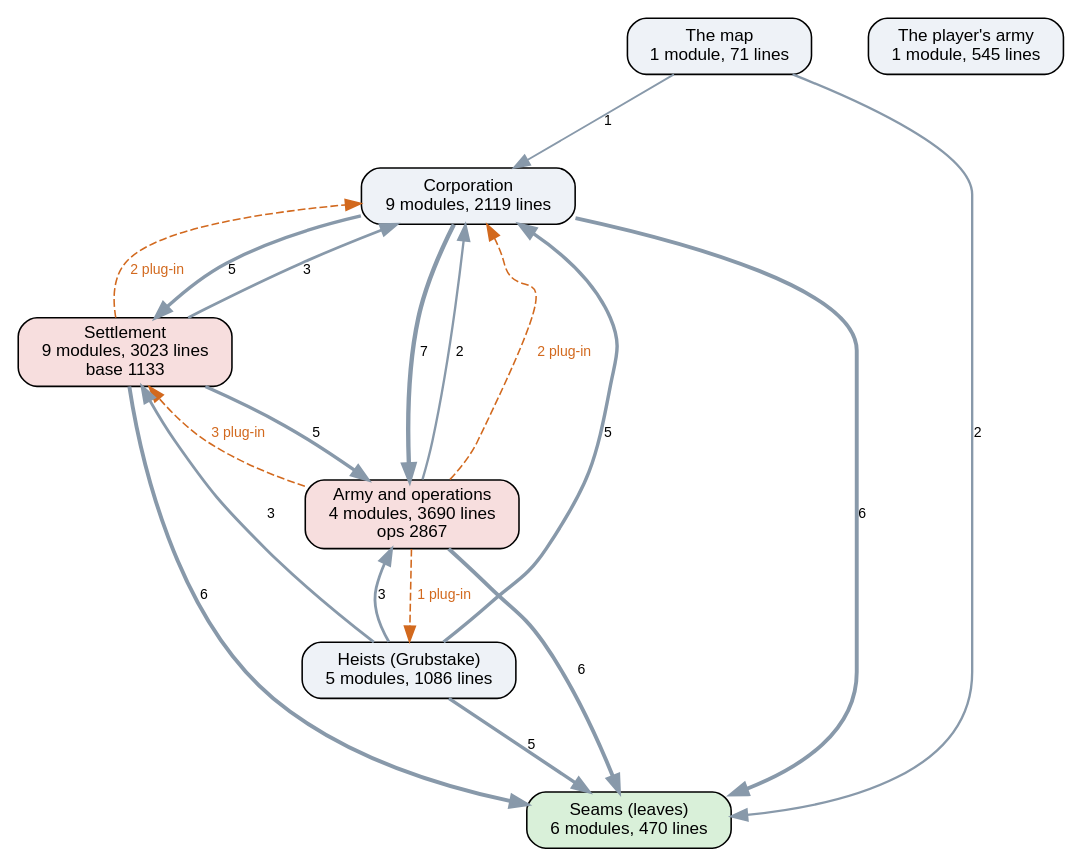
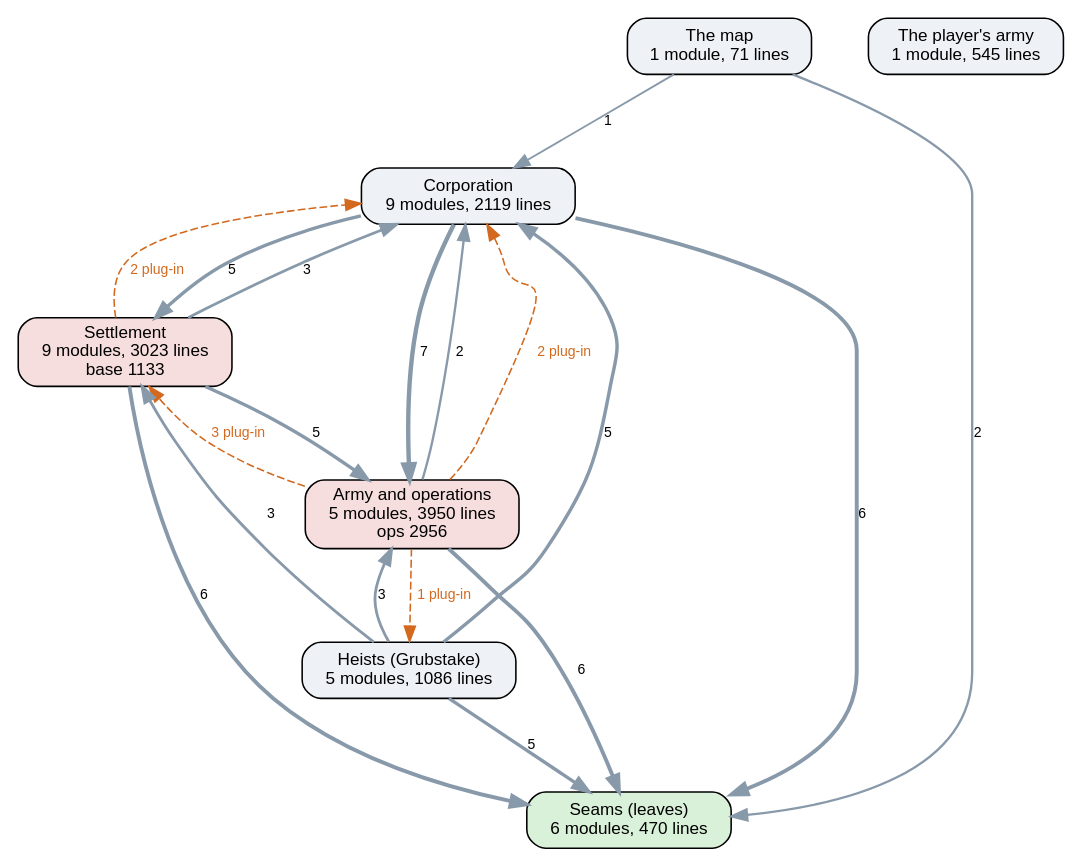
One commit to kinelhu/landing-party changed the diagram in docs/ai-layers.dot. Above: the diagram before and after it, drawn with Graphviz. The commit also changed 13 other files, not shown here.

```diff
--- a/docs/ai-layers.dot
+++ b/docs/ai-layers.dot
@@ -1,30 +1,30 @@
 digraph layers {
   graph [rankdir=TB, fontname="Helvetica", nodesep=0.5, ranksep=0.7];
   node [shape=box, style="rounded,filled", fontname="Helvetica", fontsize=11, fillcolor="#eef2f7"];
   edge [color="#8899aa", fontname="Helvetica", fontsize=9];
   "Seams (leaves)" [label="Seams (leaves)\n6 modules, 470 lines", fillcolor="#d9f0d9"];
   "Corporation" [label="Corporation\n9 modules, 2119 lines", fillcolor="#eef2f7"];
   "Settlement" [label="Settlement\n9 modules, 3023 lines\nbase 1133", fillcolor="#f7dede"];
-  "Army and operations" [label="Army and operations\n4 modules, 3690 lines\nops 2867", fillcolor="#f7dede"];
+  "Army and operations" [label="Army and operations\n5 modules, 3950 lines\nops 2956", fillcolor="#f7dede"];
   "Heists (Grubstake)" [label="Heists (Grubstake)\n5 modules, 1086 lines", fillcolor="#eef2f7"];
   "The map" [label="The map\n1 module, 71 lines", fillcolor="#eef2f7"];
   "The player's army" [label="The player's army\n1 module, 545 lines", fillcolor="#eef2f7"];
   "Army and operations" -> "Corporation" [label="2", penwidth=1.5];
   "Army and operations" -> "Seams (leaves)" [label="6", penwidth=2.5];
   "Corporation" -> "Army and operations" [label="7", penwidth=2.8];
   "Corporation" -> "Seams (leaves)" [label="6", penwidth=2.5];
   "Corporation" -> "Settlement" [label="5", penwidth=2.2];
   "Heists (Grubstake)" -> "Army and operations" [label="3", penwidth=1.8];
   "Heists (Grubstake)" -> "Corporation" [label="5", penwidth=2.2];
   "Heists (Grubstake)" -> "Seams (leaves)" [label="5", penwidth=2.2];
   "Heists (Grubstake)" -> "Settlement" [label="3", penwidth=1.8];
   "Settlement" -> "Army and operations" [label="5", penwidth=2.2];
   "Settlement" -> "Corporation" [label="3", penwidth=1.8];
   "Settlement" -> "Seams (leaves)" [label="6", penwidth=2.5];
   "The map" -> "Corporation" [label="1", penwidth=1.2];
   "The map" -> "Seams (leaves)" [label="2", penwidth=1.5];
   "Army and operations" -> "Corporation" [style=dashed, color="#d2691e", fontcolor="#d2691e", label="2 plug-in"];
   "Army and operations" -> "Heists (Grubstake)" [style=dashed, color="#d2691e", fontcolor="#d2691e", label="1 plug-in"];
   "Army and operations" -> "Settlement" [style=dashed, color="#d2691e", fontcolor="#d2691e", label="3 plug-in"];
   "Settlement" -> "Corporation" [style=dashed, color="#d2691e", fontcolor="#d2691e", label="2 plug-in"];
 }
```
